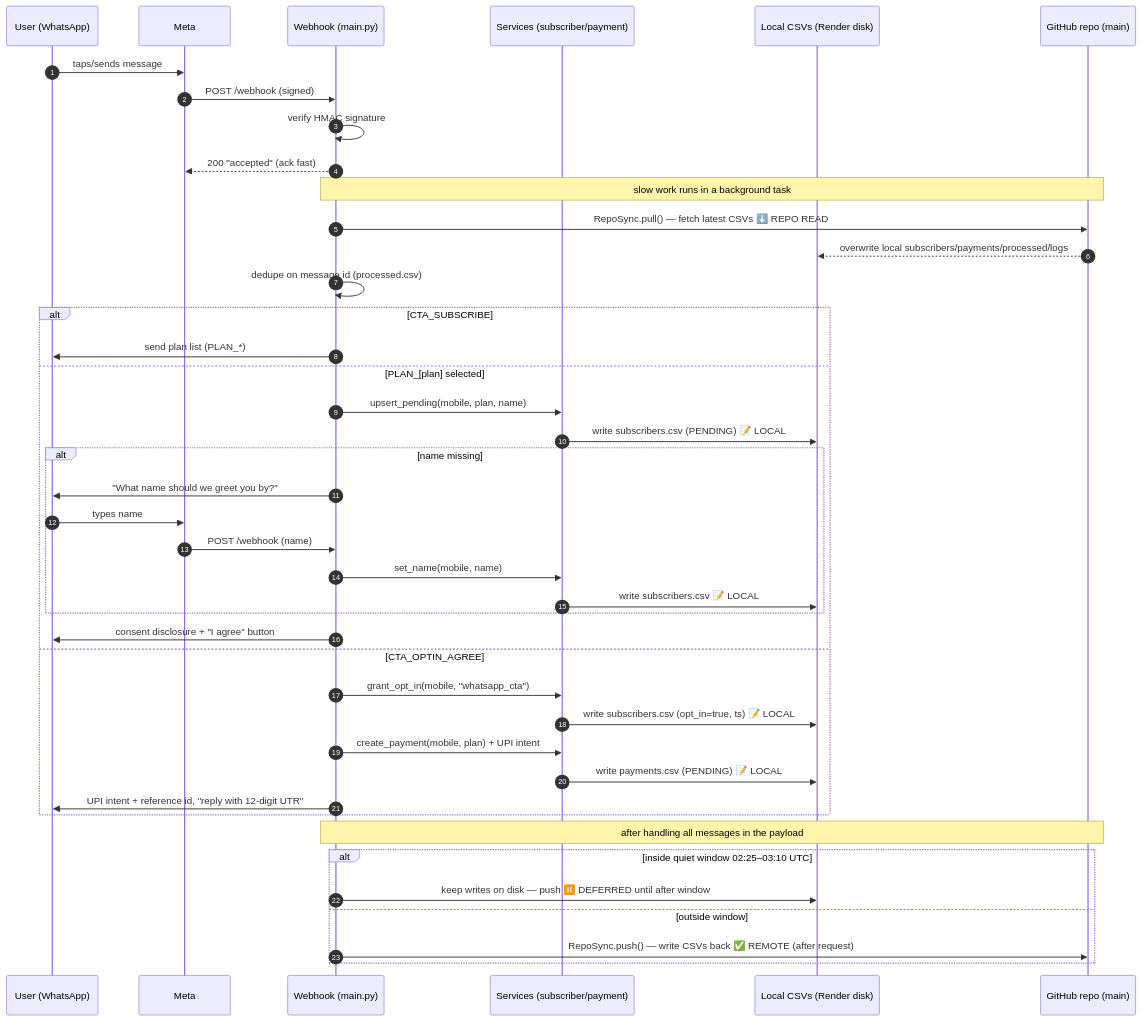
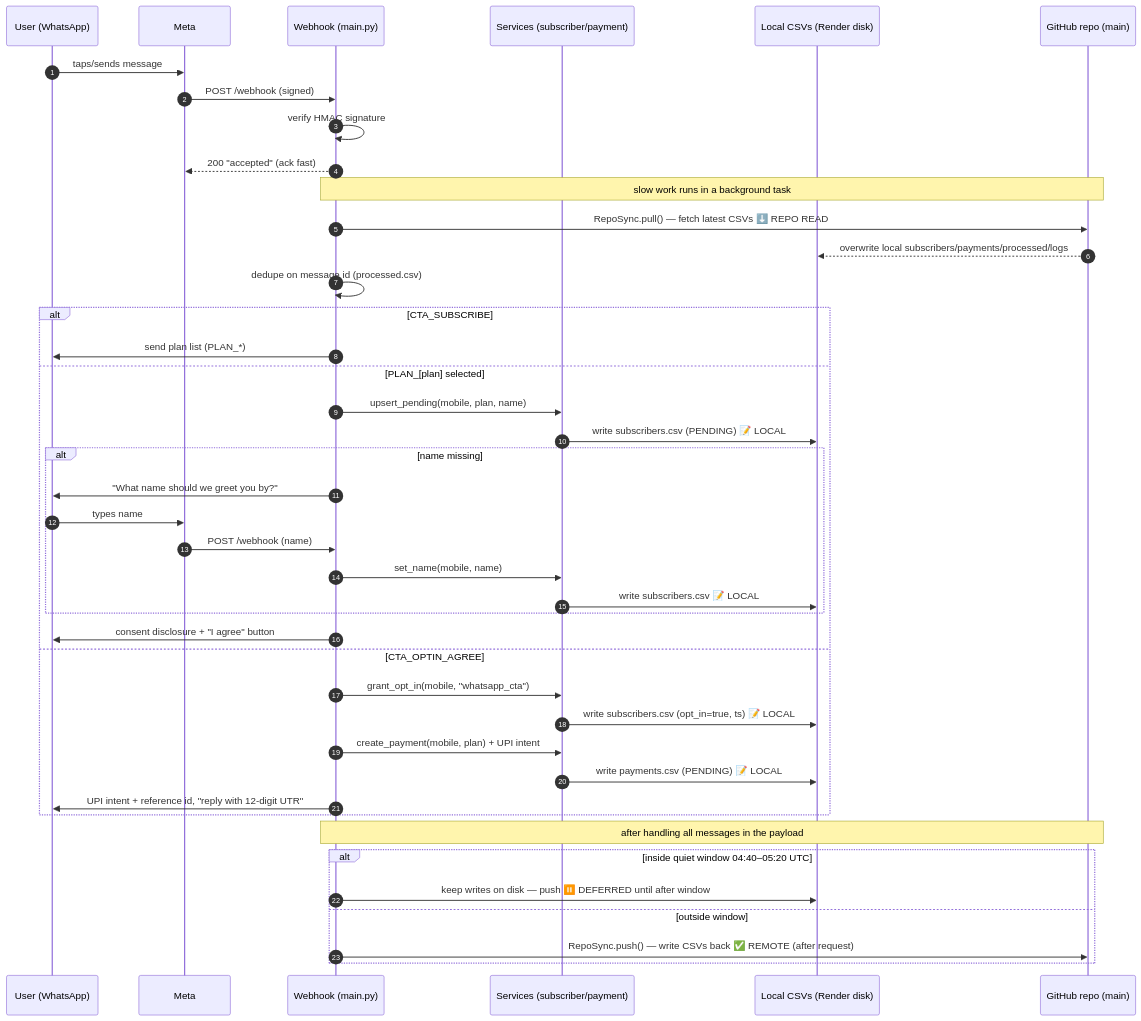
The third of 6 diagrams in sequence-diagrams.md (mishnit/daily-darshan), drawn with Mermaid before and after one commit. The commit also changed other lines of this file and 3 other files, not shown here.

Commit message:
docs: align guides with current customer flow

````diff
--- a/sequence-diagrams.md
+++ b/sequence-diagrams.md
@@ -141,49 +144,49 @@
 ```mermaid
 sequenceDiagram
     autonumber
     participant User as User (WhatsApp)
     participant Meta
     participant Web as Webhook (main.py)
     participant Svc as Services (subscriber/payment)
     participant Local as Local CSVs (Render disk)
     participant Repo as GitHub repo (main)
 
     User->>Meta: taps/sends message
     Meta->>Web: POST /webhook (signed)
     Web->>Web: verify HMAC signature
     Web-->>Meta: 200 "accepted" (ack fast)
 
     Note over Web,Repo: slow work runs in a background task
     Web->>Repo: RepoSync.pull() — fetch latest CSVs  ⬇️ REPO READ
     Repo-->>Local: overwrite local subscribers/payments/processed/logs
 
     Web->>Web: dedupe on message id (processed.csv)
 
     alt CTA_SUBSCRIBE
         Web->>User: send plan list (PLAN_*)
     else PLAN_[plan] selected
         Web->>Svc: upsert_pending(mobile, plan, name)
         Svc->>Local: write subscribers.csv (PENDING)  📝 LOCAL
         alt name missing
             Web->>User: "What name should we greet you by?"
             User->>Meta: types name
             Meta->>Web: POST /webhook (name)
             Web->>Svc: set_name(mobile, name)
             Svc->>Local: write subscribers.csv  📝 LOCAL
         end
         Web->>User: consent disclosure + "I agree" button
     else CTA_OPTIN_AGREE
         Web->>Svc: grant_opt_in(mobile, "whatsapp_cta")
         Svc->>Local: write subscribers.csv (opt_in=true, ts)  📝 LOCAL
         Web->>Svc: create_payment(mobile, plan) + UPI intent
         Svc->>Local: write payments.csv (PENDING)  📝 LOCAL
         Web->>User: UPI intent + reference id, "reply with 12-digit UTR"
     end
 
     Note over Web,Repo: after handling all messages in the payload
-    alt inside quiet window 02:25–03:10 UTC
+    alt inside quiet window 04:40–05:20 UTC
         Web->>Local: keep writes on disk — push ⏸️ DEFERRED until after window
     else outside window
         Web->>Repo: RepoSync.push() — write CSVs back  ✅ REMOTE (after request)
     end
 ```
````
